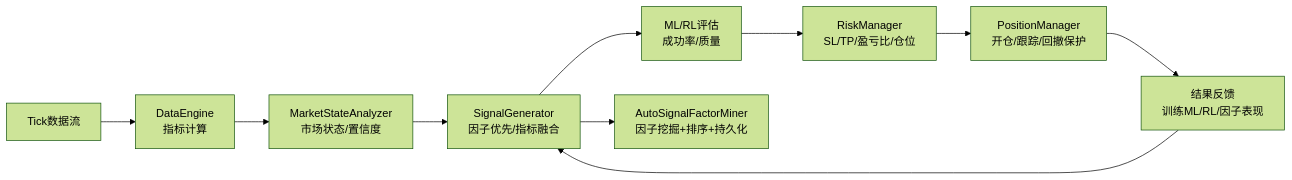
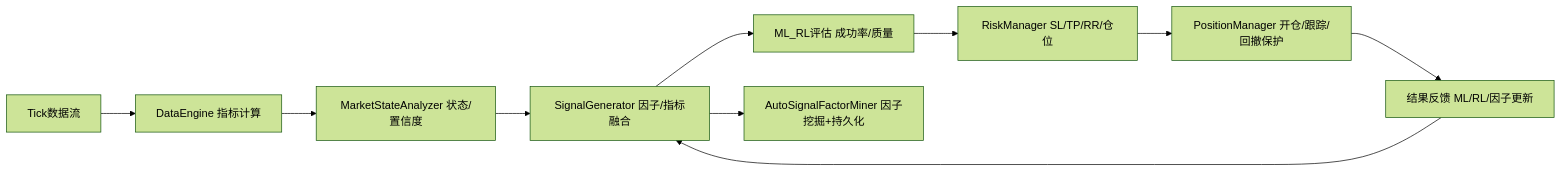
The first of 2 diagrams in PROCES/STRATEGY_README.md (KFoker/TRADINGTRADING), drawn with Mermaid (forest theme) before and after one commit. The commit also changed other lines of this file, not shown here.

````diff
--- a/PROCES/STRATEGY_README.md
+++ b/PROCES/STRATEGY_README.md
@@ -24,12 +27,12 @@
 ```mermaid
 flowchart LR
-  A[Tick数据流] --> B[DataEngine<br/>指标计算]
-  B --> C[MarketStateAnalyzer<br/>市场状态/置信度]
-  C --> D[SignalGenerator<br/>因子优先/指标融合]
-  D --> E[ML/RL评估<br/>成功率/质量]
-  E --> F[RiskManager<br/>SL/TP/盈亏比/仓位]
-  F --> G[PositionManager<br/>开仓/跟踪/回撤保护]
-  G --> H[结果反馈<br/>训练ML/RL/因子表现]
+  A[Tick数据流] --> B[DataEngine 指标计算]
+  B --> C[MarketStateAnalyzer 状态/置信度]
+  C --> D[SignalGenerator 因子/指标融合]
+  D --> E[ML_RL评估 成功率/质量]
+  E --> F[RiskManager SL/TP/RR/仓位]
+  F --> G[PositionManager 开仓/跟踪/回撤保护]
+  G --> H[结果反馈 ML/RL/因子更新]
   H --> D
-  D --> I[AutoSignalFactorMiner<br/>因子挖掘+排序+持久化]
+  D --> I[AutoSignalFactorMiner 因子挖掘+持久化]
 ```
````
